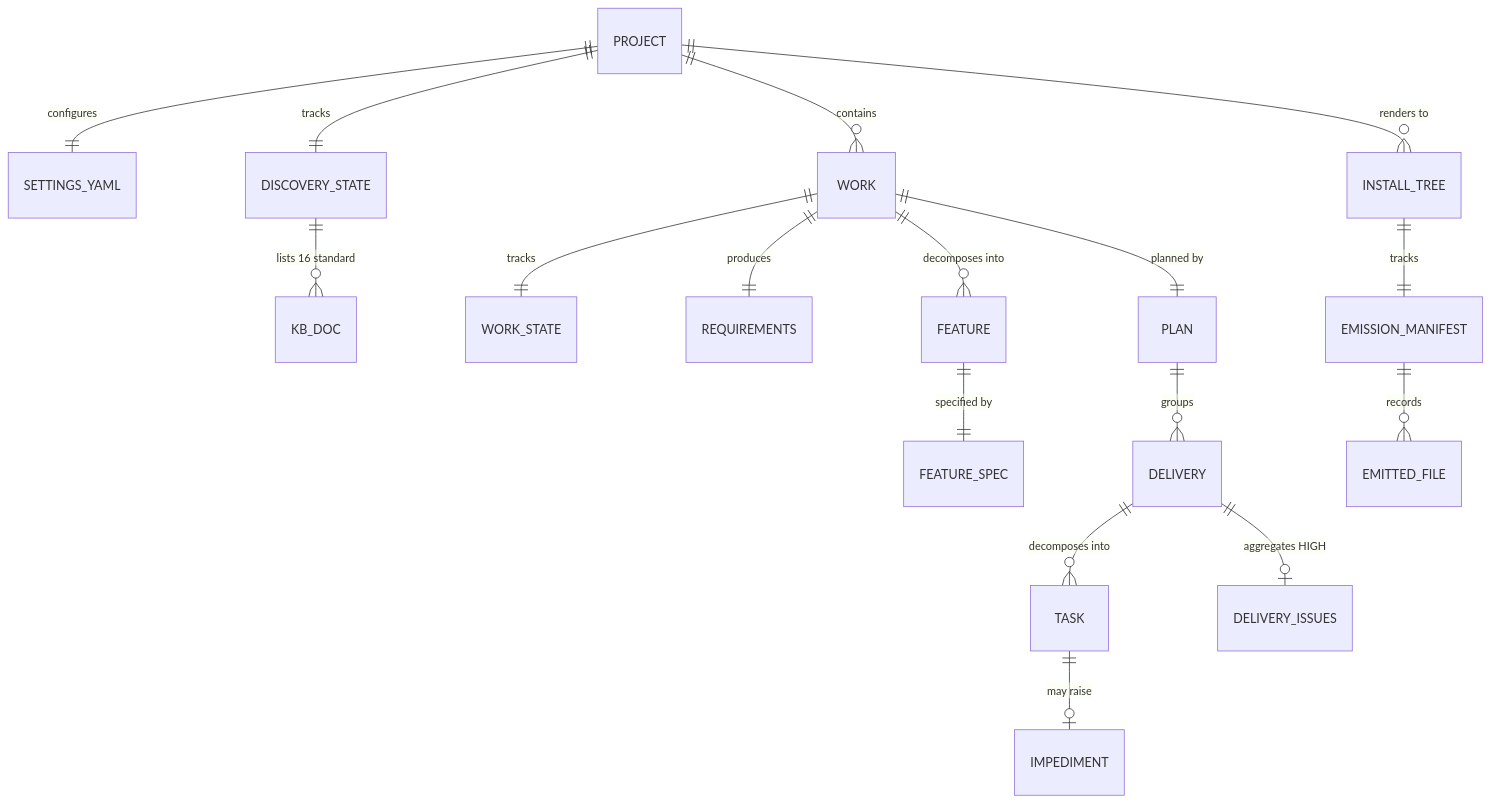
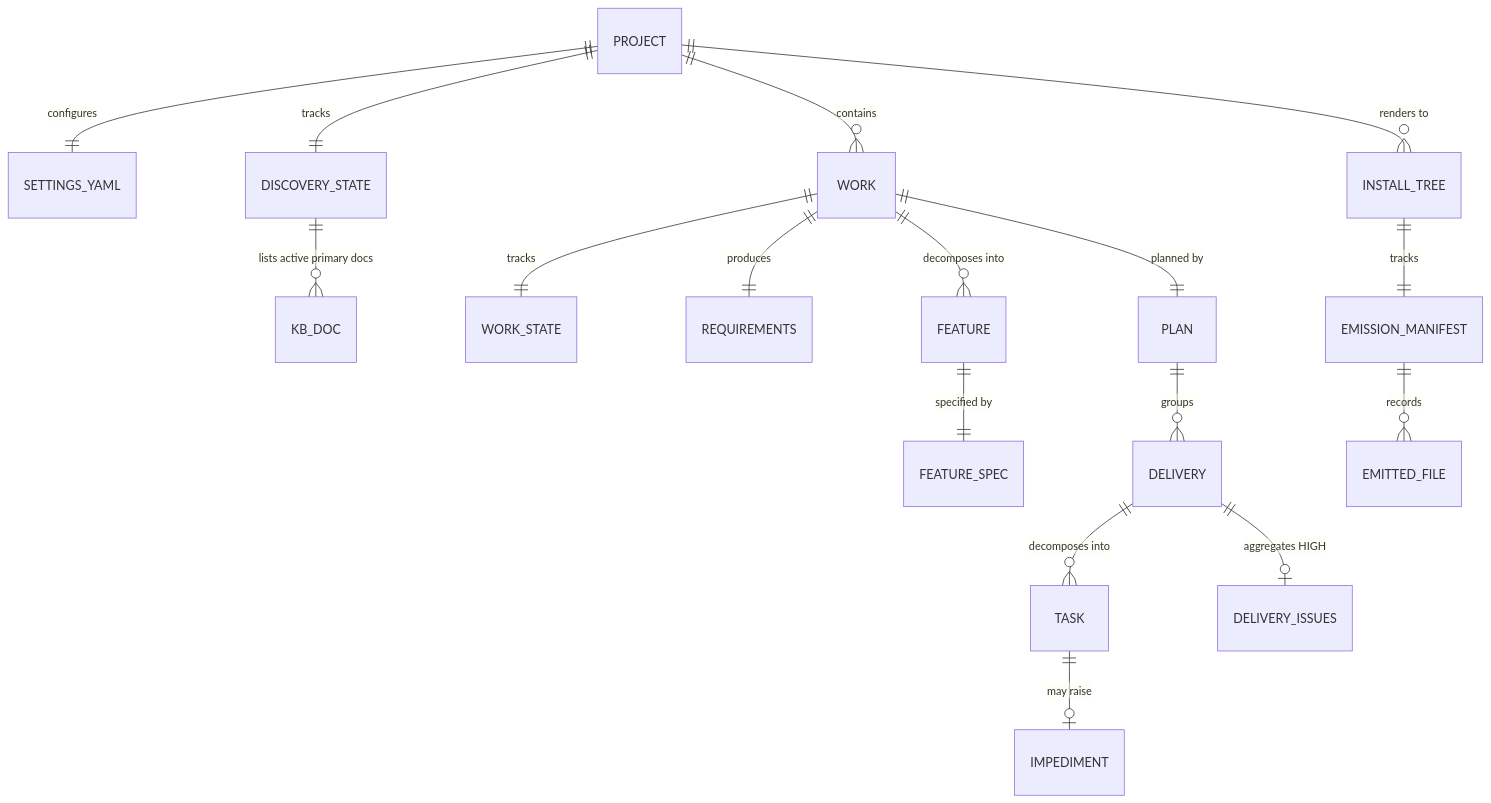
Before and after one commit to AndreVianna/aid-methodology: the diagram in .aid/knowledge/schemas.md, drawn with Mermaid. The commit also changed other lines of this file and 14 other files, not shown here.

````diff
--- a/.aid/knowledge/schemas.md
+++ b/.aid/knowledge/schemas.md
@@ -410,19 +410,19 @@
 ```mermaid
 erDiagram
     PROJECT ||--|| SETTINGS_YAML : "configures"
     PROJECT ||--|| DISCOVERY_STATE : "tracks"
-    DISCOVERY_STATE ||--o{ KB_DOC : "lists 16 standard"
+    DISCOVERY_STATE ||--o{ KB_DOC : "lists active primary docs"
     PROJECT ||--o{ WORK : "contains"
     WORK ||--|| WORK_STATE : "tracks"
     WORK ||--|| REQUIREMENTS : "produces"
     WORK ||--o{ FEATURE : "decomposes into"
     FEATURE ||--|| FEATURE_SPEC : "specified by"
     WORK ||--|| PLAN : "planned by"
     PLAN ||--o{ DELIVERY : "groups"
     DELIVERY ||--o{ TASK : "decomposes into"
     TASK ||--o| IMPEDIMENT : "may raise"
     DELIVERY ||--o| DELIVERY_ISSUES : "aggregates HIGH"
     PROJECT ||--o{ INSTALL_TREE : "renders to"
     INSTALL_TREE ||--|| EMISSION_MANIFEST : "tracks"
     EMISSION_MANIFEST ||--o{ EMITTED_FILE : "records"
 ```
````
